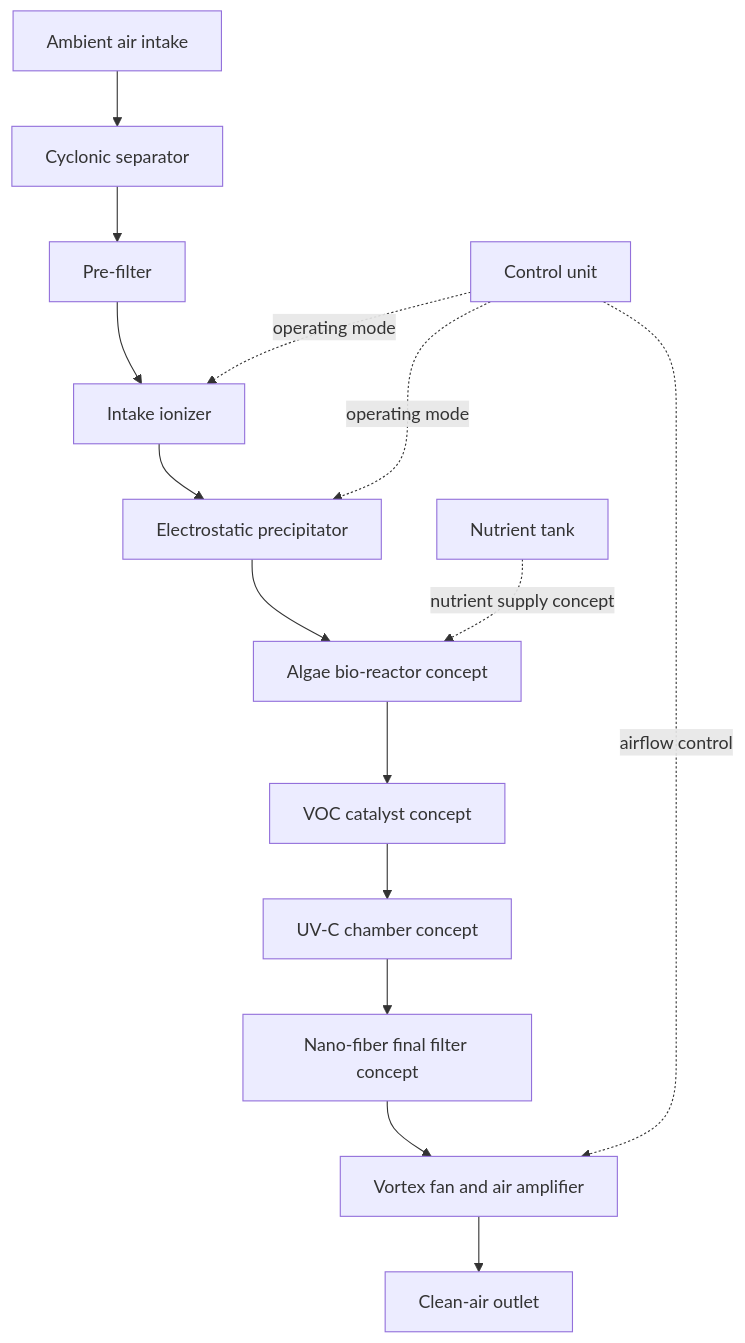
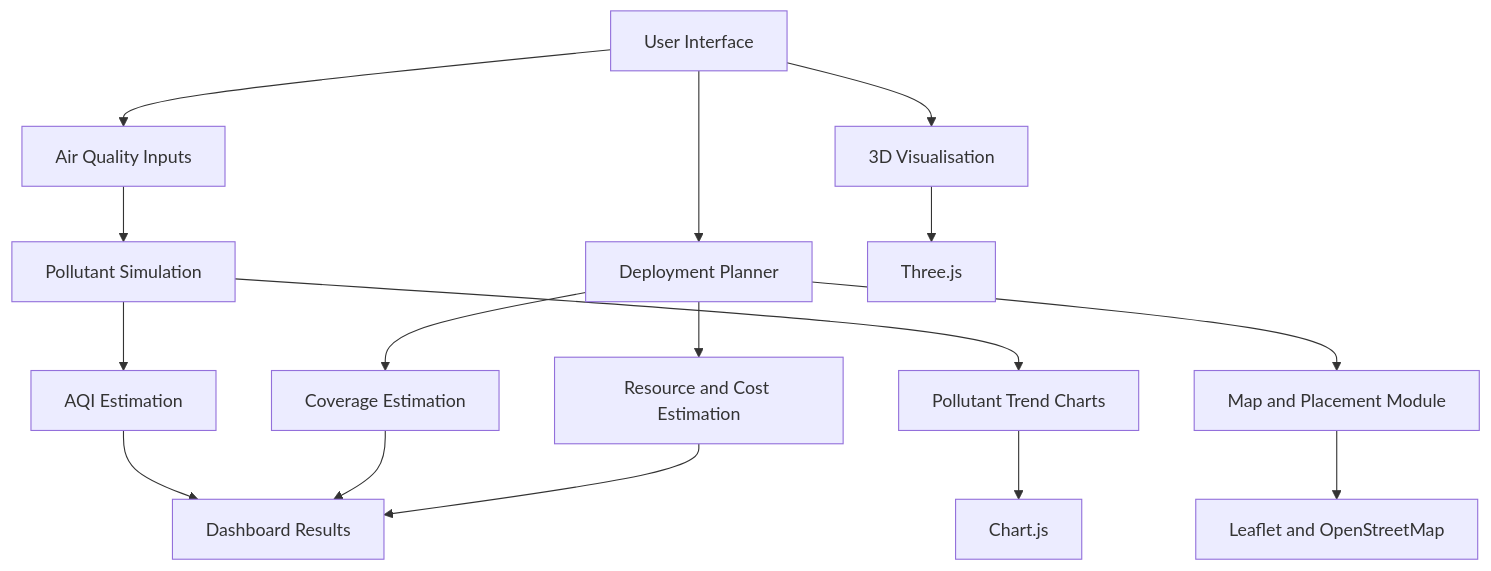
One commit to amisha-sinobann/Alvora--India-s-first-bio-based-air-purifier-simulation changed the second of 2 diagrams in README.md. Above: the diagram before and after it, drawn with Mermaid. The commit also changed other lines of this file, not shown here.

````diff
--- a/README.md
+++ b/README.md
@@ -152,18 +250,22 @@
 ```mermaid
 flowchart TD
-    A[Ambient air intake] --> B[Cyclonic separator]
-    B --> C[Pre-filter]
-    C --> D[Intake ionizer]
-    D --> E[Electrostatic precipitator]
-    E --> F[Algae bio-reactor concept]
-    F --> G[VOC catalyst concept]
-    G --> H[UV-C chamber concept]
-    H --> I[Nano-fiber final filter concept]
-    I --> J[Vortex fan and air amplifier]
-    J --> K[Clean-air outlet]
+    A[User Interface] --> B[3D Visualisation]
+    A --> C[Air Quality Inputs]
+    A --> D[Deployment Planner]
 
-    CTRL[Control unit] -. operating mode .-> D
-    CTRL -. operating mode .-> E
-    CTRL -. airflow control .-> J
-    N[Nutrient tank] -. nutrient supply concept .-> F
+    C --> E[Pollutant Simulation]
+    E --> F[AQI Estimation]
+    E --> G[Pollutant Trend Charts]
+
+    D --> H[Map and Placement Module]
+    D --> I[Coverage Estimation]
+    D --> J[Resource and Cost Estimation]
+
+    B --> K[Three.js]
+    G --> L[Chart.js]
+    H --> M[Leaflet and OpenStreetMap]
+
+    F --> N[Dashboard Results]
+    I --> N
+    J --> N
 ```
````
